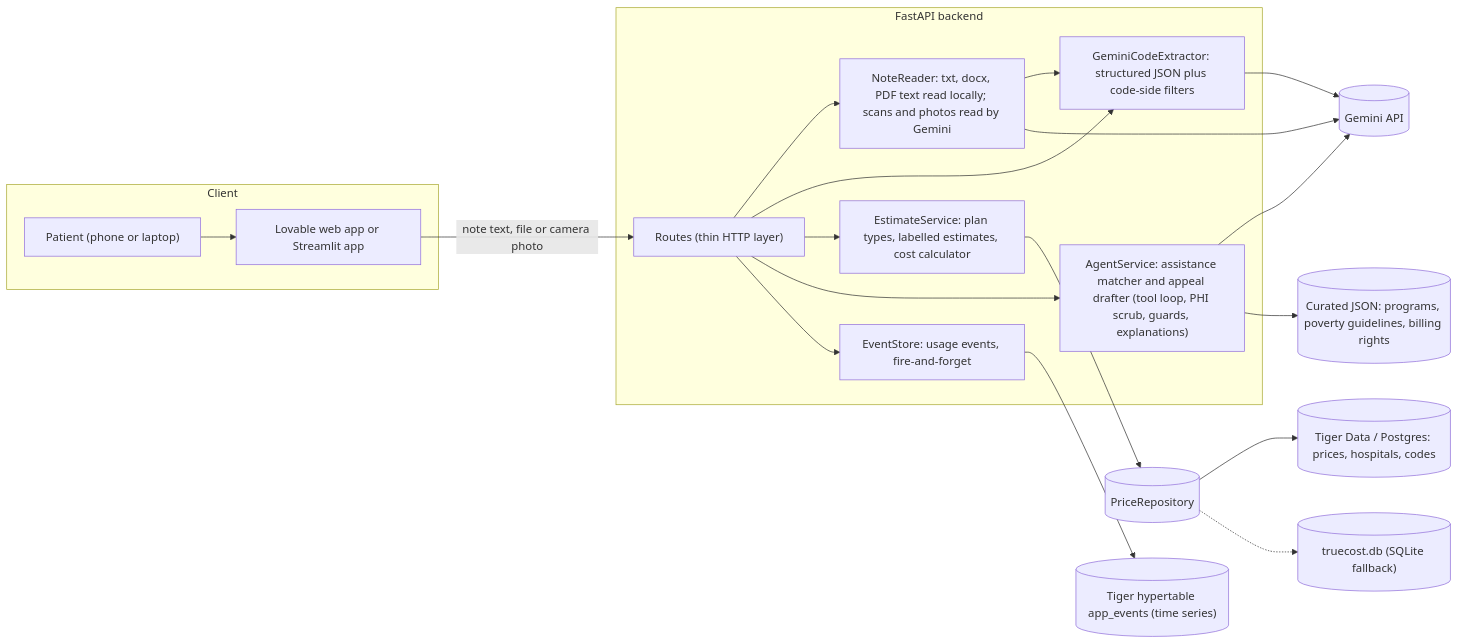
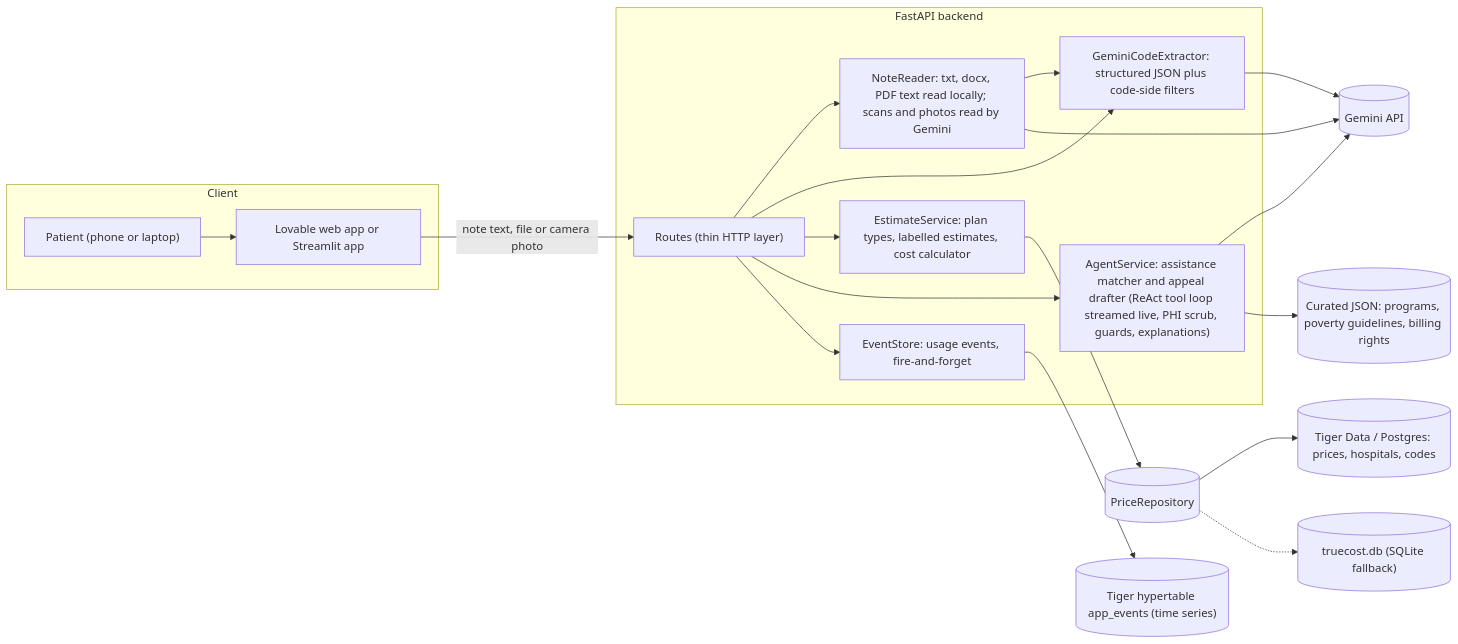
Before and after one commit to ChapelFob80930/truecost-cost-navigator: the first of 3 diagrams in README.md, drawn with Mermaid. The commit also changed other lines of this file and 25 other files, not shown here.

````diff
--- a/README.md
+++ b/README.md
@@ -12,32 +12,32 @@
 ```mermaid
 flowchart LR
   subgraph Client["Client"]
     P["Patient (phone or laptop)"] --> UI["Lovable web app or Streamlit app"]
   end
   UI -->|"note text, file or camera photo"| API
 
   subgraph Backend["FastAPI backend"]
     API["Routes (thin HTTP layer)"]
     READER["NoteReader: txt, docx, PDF text read locally; scans and photos read by Gemini"]
     EXTRACT["GeminiCodeExtractor: structured JSON plus code-side filters"]
     EST["EstimateService: plan types, labelled estimates, cost calculator"]
-    AG["AgentService: assistance matcher and appeal drafter (tool loop, PHI scrub, guards, explanations)"]
+    AG["AgentService: assistance matcher and appeal drafter (ReAct tool loop streamed live, PHI scrub, guards, explanations)"]
     EVT["EventStore: usage events, fire-and-forget"]
   end
 
   API --> READER
   READER --> EXTRACT
   API --> EXTRACT
   API --> EST
   API --> AG
   API --> EVT
 
   EXTRACT --> GEM[("Gemini API")]
   READER --> GEM
   AG --> GEM
   AG --> DATA[("Curated JSON: programs, poverty guidelines, billing rights")]
   EST --> REPO[("PriceRepository")]
   REPO --> TIGER[("Tiger Data / Postgres: prices, hospitals, codes")]
   REPO -.-> SQLITE[("truecost.db (SQLite fallback)")]
   EVT --> HYPER[("Tiger hypertable app_events (time series)")]
 ```
````
